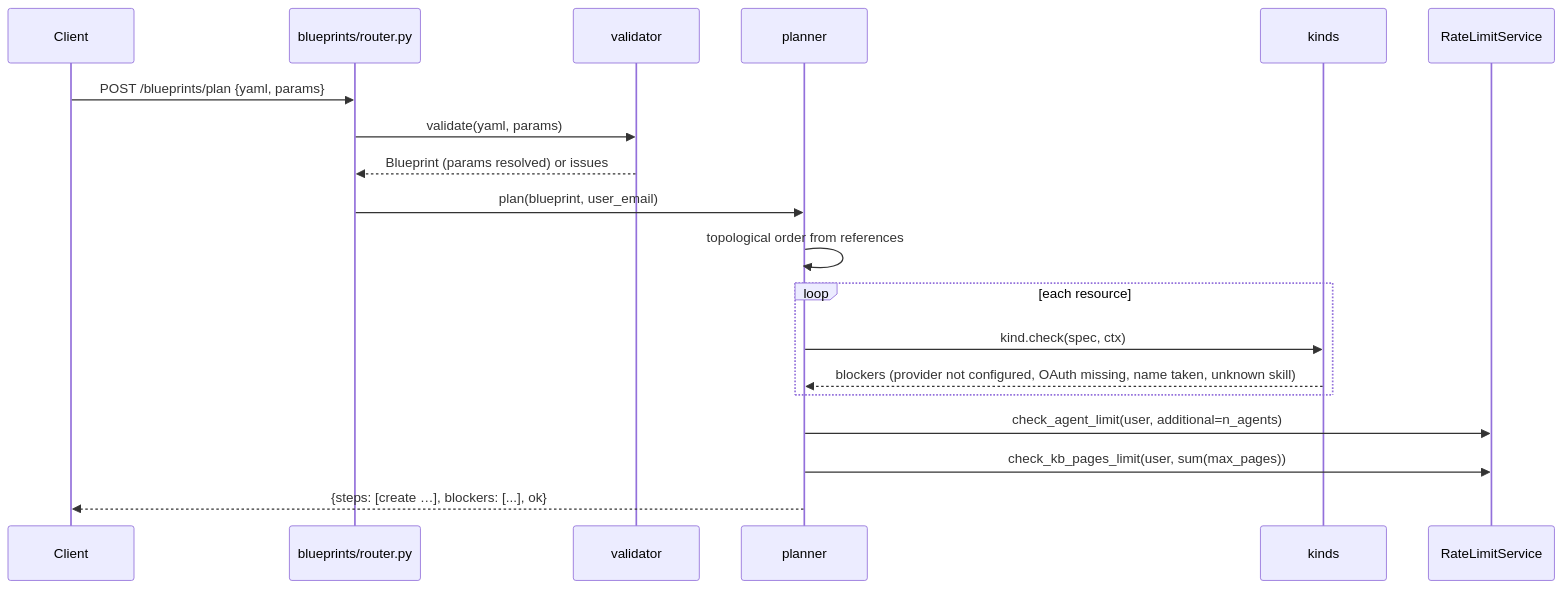
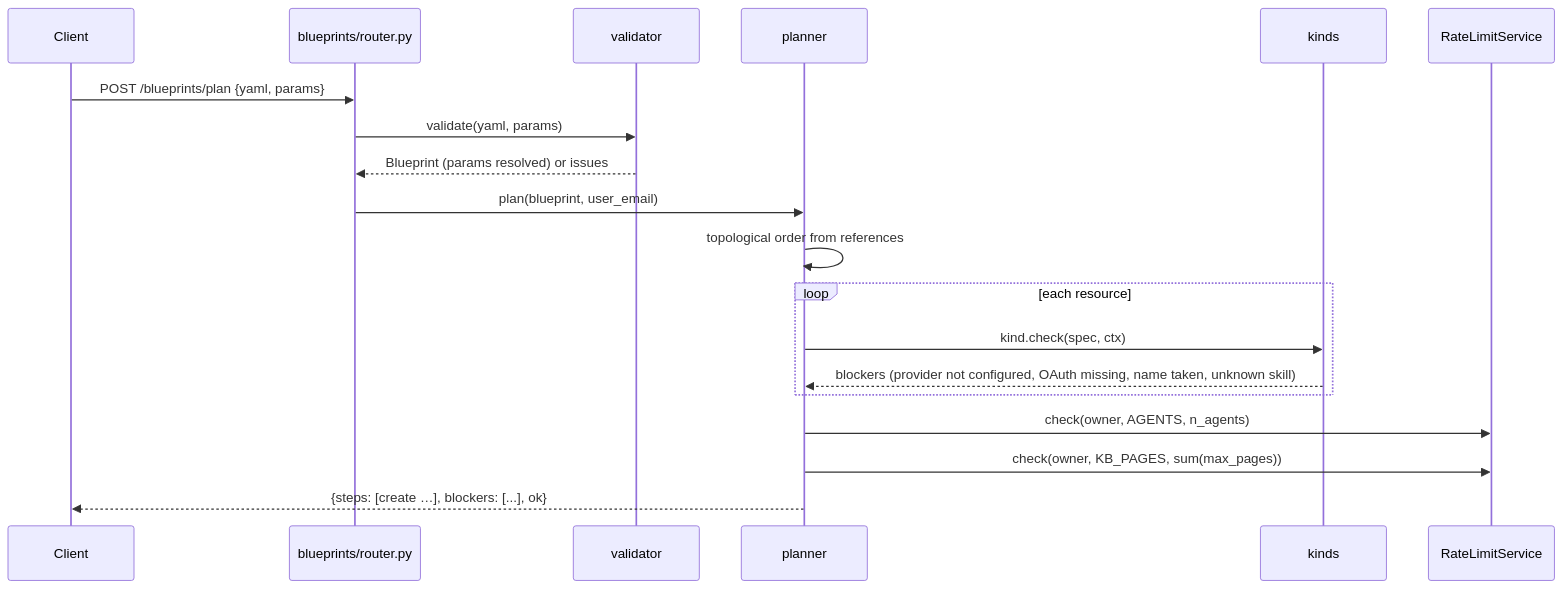
Before and after one commit to vslala/innomightlabs-dynamic-agent-builder: the fifth of 7 diagrams in docs/LLD-solution-blueprints.md, drawn with Mermaid. The commit also changed other lines of this file, not shown here.

First line of the commit message:
Charge a shared account's usage to its owner's plan

````diff
--- a/docs/LLD-solution-blueprints.md
+++ b/docs/LLD-solution-blueprints.md
@@ -680,21 +680,21 @@
 ```mermaid
 sequenceDiagram
     participant C as Client
     participant R as blueprints/router.py
     participant V as validator
     participant P as planner
     participant K as kinds
     participant RL as RateLimitService
     C->>R: POST /blueprints/plan {yaml, params}
     R->>V: validate(yaml, params)
     V-->>R: Blueprint (params resolved) or issues
     R->>P: plan(blueprint, user_email)
     P->>P: topological order from references
     loop each resource
         P->>K: kind.check(spec, ctx)
         K-->>P: blockers (provider not configured, OAuth missing, name taken, unknown skill)
     end
-    P->>RL: check_agent_limit(user, additional=n_agents)
-    P->>RL: check_kb_pages_limit(user, sum(max_pages))
+    P->>RL: check(owner, AGENTS, n_agents)
+    P->>RL: check(owner, KB_PAGES, sum(max_pages))
     P-->>C: {steps: [create …], blockers: [...], ok}
 ```
````
